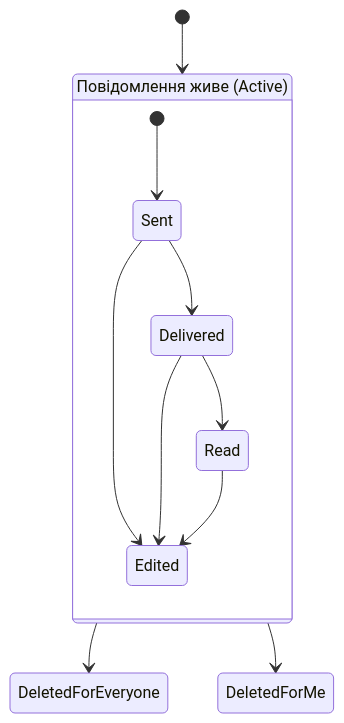
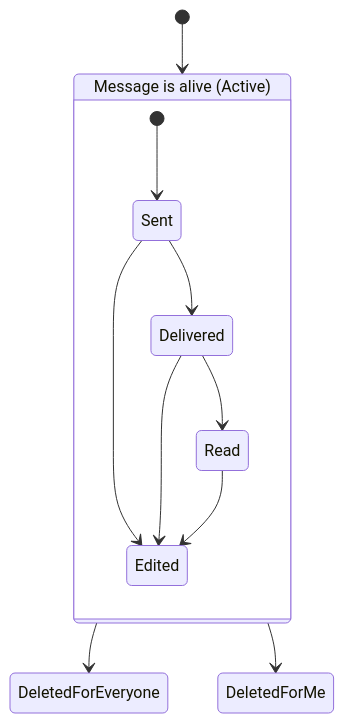
One commit to Godsay7/DocLab1 changed the third of 3 diagrams in README.md. Above: the diagram before and after it, drawn with Mermaid. The commit also changed other lines of this file, not shown here.

````diff
--- a/README.md
+++ b/README.md
@@ -51,17 +51,17 @@
 ```mermaid
 stateDiagram-v2
   [*] --> Active
   
-  state "Повідомлення живе (Active)" as Active {
+  state "Message is alive (Active)" as Active {
     [*] --> Sent
     Sent --> Delivered
     Delivered --> Read
     
     Sent --> Edited
     Delivered --> Edited
     Read --> Edited
   }
   
   Active --> DeletedForEveryone
   Active --> DeletedForMe
 ```
````
